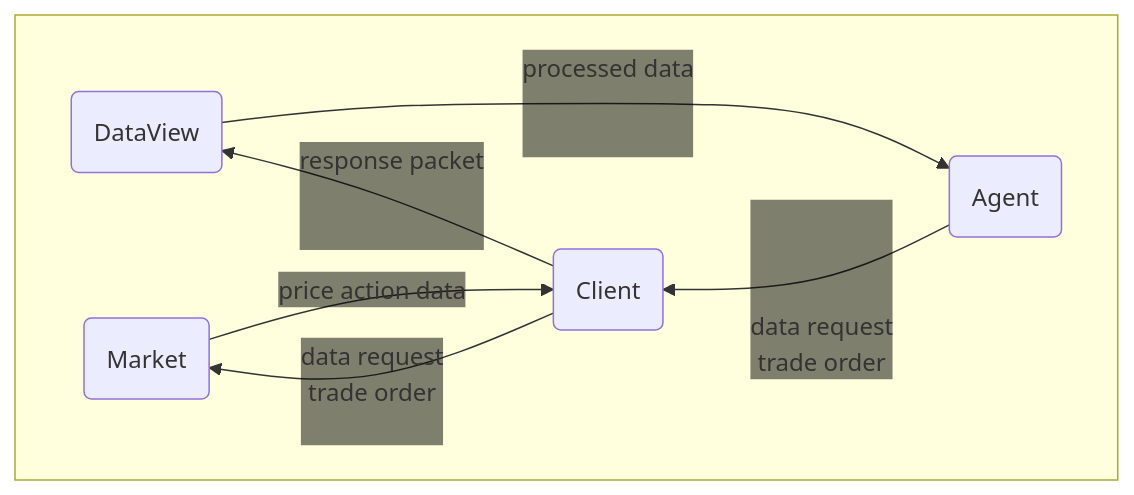
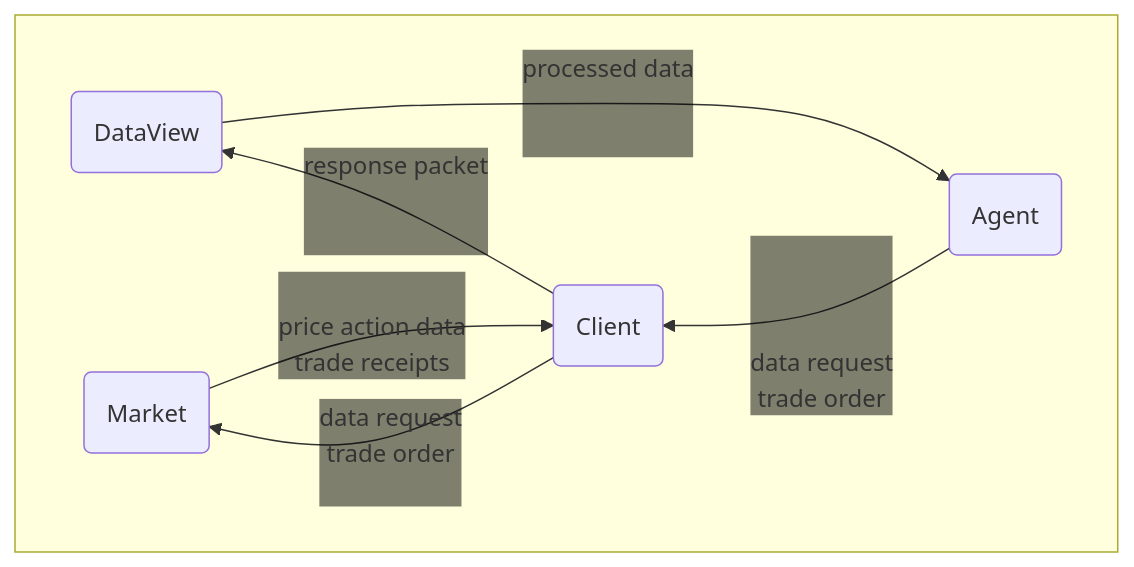
The third of 4 diagrams in README.md (ryancardenas/marketresearch), drawn with Mermaid before and after one commit.

Commit message:
Add trade receipts to simulation diagram in README.md

````diff
--- a/README.md
+++ b/README.md
@@ -49,13 +49,13 @@
 ```mermaid
 %%{init: {'theme': 'default', 'themeVariables': { 'titleColor': '#0000FF', 'edgeLabelBackground': 'transparent'}}}%%
 graph RL
     subgraph Simulation
     direction RL
         SimulationAgent(Agent) -- <br><br><br>data request<br>trade order --> SimulationClient(Client)
         SimulationClient -- response packet<br><br><br> --> SimulationDataView(DataView)
         SimulationDataView -- processed data<br><br><br> --> SimulationAgent
         SimulationClient -- data request<br>trade order<br><br> --> SimulationMarket(Market)
-        SimulationMarket -- price action data --> SimulationClient
+        SimulationMarket -- <br>price action data<br>trade receipts --> SimulationClient
     end
     style Simulation color:#ffffde
 ```
````
